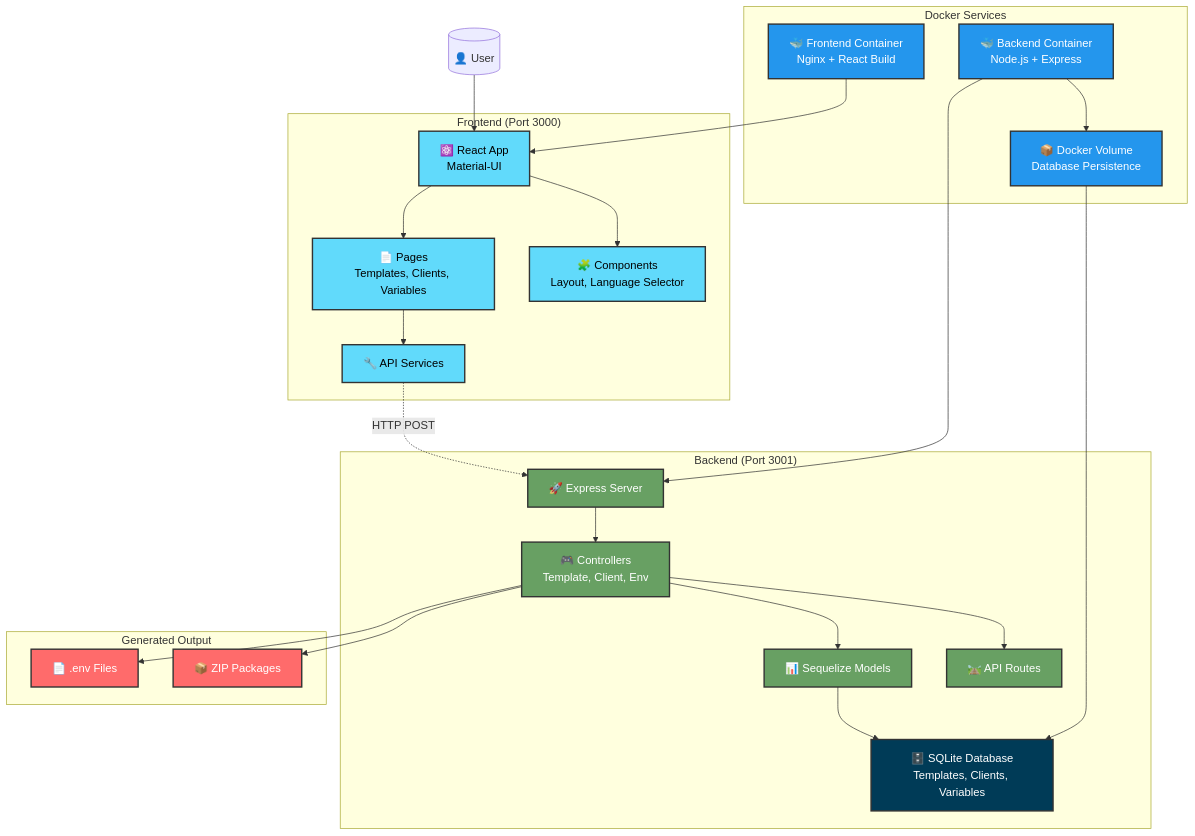
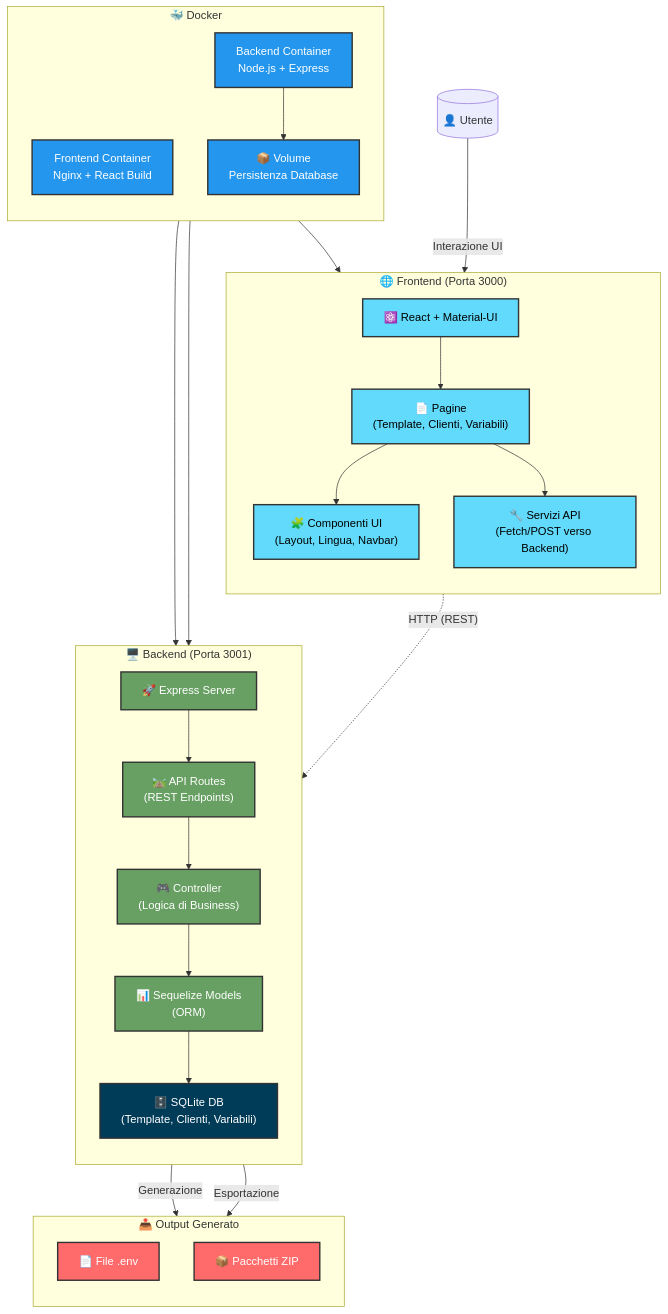
The diagram in README.md (claudiolore/ENVY), drawn with Mermaid before and after one commit.

````diff
--- a/README.md
+++ b/README.md
@@ -19,61 +19,72 @@
 ```mermaid
 graph TB
-    User[("👤 User")]
+    User[("👤 Utente")]
 
-    subgraph "Frontend (Port 3000)"
-        React["⚛️ React App<br/>Material-UI"]
-        Pages["📄 Pages<br/>Templates, Clients, Variables"]
-        Components["🧩 Components<br/>Layout, Language Selector"]
-        Services["🔧 API Services"]
+    %% --- FRONTEND ---
+    subgraph "🌐 Frontend (Porta 3000)"
+        direction TB
+        React["⚛️ React + Material-UI"]
+        Pages["📄 Pagine<br/>(Template, Clienti, Variabili)"]
+        Components["🧩 Componenti UI<br/>(Layout, Lingua, Navbar)"]
+        Services["🔧 Servizi API<br/>(Fetch/POST verso Backend)"]
     end
 
-    subgraph "Backend (Port 3001)"
+    %% --- BACKEND ---
+    subgraph "🖥️ Backend (Porta 3001)"
+        direction TB
         Express["🚀 Express Server"]
-        Controllers["🎮 Controllers<br/>Template, Client, Env"]
-        Models["📊 Sequelize Models"]
-        Routes["🛤️ API Routes"]
-        SQLite["🗄️ SQLite Database<br/>Templates, Clients, Variables"]
+        Routes["🛤️ API Routes<br/>(REST Endpoints)"]
+        Controllers["🎮 Controller<br/>(Logica di Business)"]
+        Models["📊 Sequelize Models<br/>(ORM)"]
+        SQLite["🗄️ SQLite DB<br/>(Template, Clienti, Variabili)"]
     end
 
-    subgraph "Docker Services"
-        DockerFE["🐳 Frontend Container<br/>Nginx + React Build"]
-        DockerBE["🐳 Backend Container<br/>Node.js + Express"]
-        Volume["📦 Docker Volume<br/>Database Persistence"]
+    %% --- INFRA ---
+    subgraph "🐳 Docker"
+        direction TB
+        DockerFE["Frontend Container<br/>Nginx + React Build"]
+        DockerBE["Backend Container<br/>Node.js + Express"]
+        Volume["📦 Volume<br/>Persistenza Database"]
     end
 
-    subgraph "Generated Output"
-        EnvFiles["📄 .env Files"]
-        ZipExport["📦 ZIP Packages"]
+    %% --- OUTPUT ---
+    subgraph "📤 Output Generato"
+        direction TB
+        EnvFiles["📄 File .env"]
+        ZipExport["📦 Pacchetti ZIP"]
     end
 
-    User --> React
+    %% --- FLOWS ---
+    User -->|"Interazione UI"| React
     React --> Pages
-    React --> Components
+    Pages --> Components
     Pages --> Services
-    Services -.->|"HTTP POST"| Express
+    Services -.->|"HTTP (REST)"| Express
 
-    Express --> Controllers
+    Express --> Routes
+    Routes --> Controllers
     Controllers --> Models
-    Controllers --> Routes
     Models --> SQLite
 
-    Controllers --> EnvFiles
-    Controllers --> ZipExport
+    Controllers -->|"Generazione"| EnvFiles
+    Controllers -->|"Esportazione"| ZipExport
 
+    %% --- DOCKER CONNECTIONS ---
     DockerFE --> React
     DockerBE --> Express
     DockerBE --> Volume
     Volume --> SQLite
 
+    %% --- STYLES ---
     classDef frontend fill:#61dafb,stroke:#333,stroke-width:2px,color:#000
     classDef backend fill:#68a063,stroke:#333,stroke-width:2px,color:#fff
     classDef database fill:#003b57,stroke:#333,stroke-width:2px,color:#fff
     classDef docker fill:#2496ed,stroke:#333,stroke-width:2px,color:#fff
     classDef output fill:#ff6b6b,stroke:#333,stroke-width:2px,color:#fff
 
     class React,Pages,Components,Services,DockerFE frontend
     class Express,Controllers,Models,Routes,DockerBE backend
     class SQLite,Volume database
     class DockerFE,DockerBE,Volume docker
     class EnvFiles,ZipExport output
 ```
````
